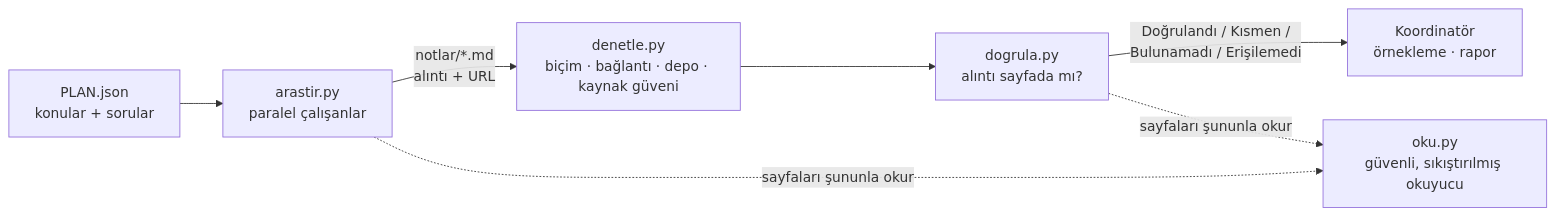
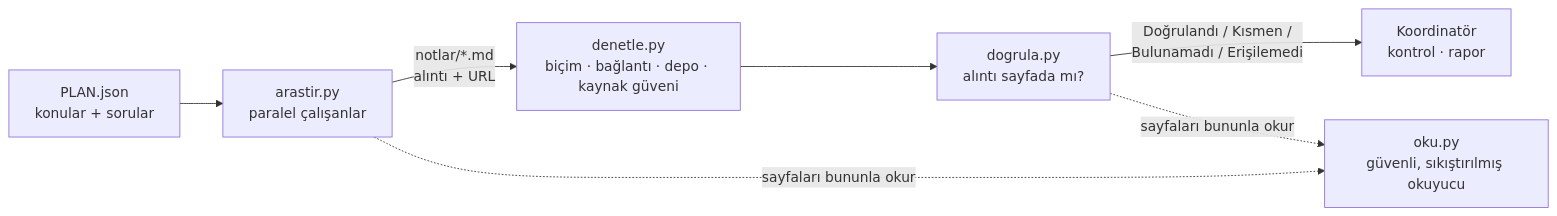
The diagram in README.tr.md (mesutbsdgn/quoteproof), drawn with Mermaid before and after one commit. The commit also changed other lines of this file and 1 other file, not shown here.

````diff
--- a/README.tr.md
+++ b/README.tr.md
@@ -52,9 +52,9 @@
 ```mermaid
 flowchart LR
     A[PLAN.json<br/>konular + sorular] --> B[arastir.py<br/>paralel çalışanlar]
     B -->|notlar/*.md<br/>alıntı + URL| C[denetle.py<br/>biçim · bağlantı · depo · kaynak güveni]
     C --> D[dogrula.py<br/>alıntı sayfada mı?]
-    D -->|Doğrulandı / Kısmen /<br/>Bulunamadı / Erişilemedi| E[Koordinatör<br/>örnekleme · rapor]
-    B -. sayfaları şununla okur .-> F[oku.py<br/>güvenli, sıkıştırılmış okuyucu]
-    D -. sayfaları şununla okur .-> F
+    D -->|Doğrulandı / Kısmen /<br/>Bulunamadı / Erişilemedi| E[Koordinatör<br/>kontrol · rapor]
+    B -. sayfaları bununla okur .-> F[oku.py<br/>güvenli, sıkıştırılmış okuyucu]
+    D -. sayfaları bununla okur .-> F
 ```
````
